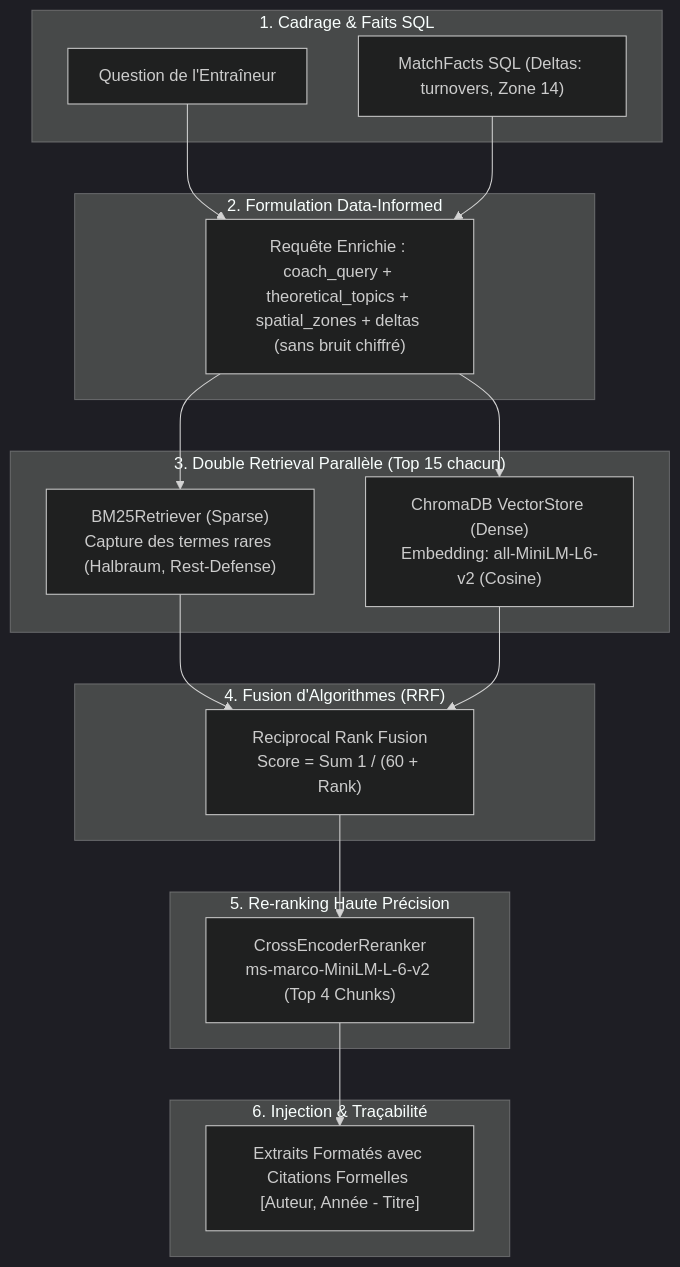
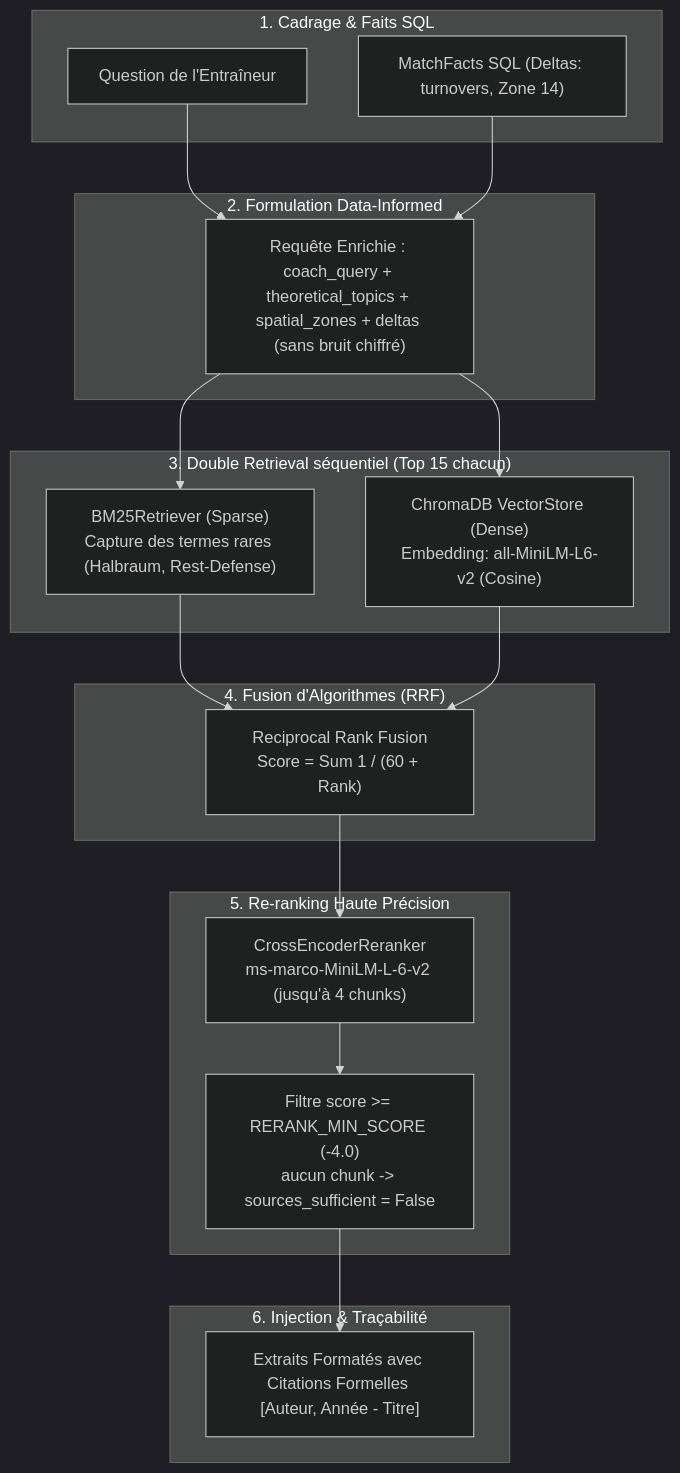
Before and after one commit to Ovide165/Foot-GPT: the diagram in PIPELINE_RAG_HYBRIDE.md, drawn with Mermaid (dark theme). The commit also changed other lines of this file and 6 other files, not shown here.

````diff
--- a/PIPELINE_RAG_HYBRIDE.md
+++ b/PIPELINE_RAG_HYBRIDE.md
@@ -16,34 +17,36 @@
 ```mermaid
 flowchart TD
     subgraph Step1["1. Cadrage & Faits SQL"]
         QUERY["Question de l'Entraîneur"]
         FACTS["MatchFacts SQL (Deltas: turnovers, Zone 14)"]
     end
 
     subgraph Step2["2. Formulation Data-Informed"]
         ENRICHED["Requête Enrichie : coach_query + theoretical_topics + spatial_zones + deltas (sans bruit chiffré)"]
     end
 
-    subgraph Step3["3. Double Retrieval Parallèle (Top 15 chacun)"]
+    subgraph Step3["3. Double Retrieval séquentiel (Top 15 chacun)"]
         BM25["BM25Retriever (Sparse)\nCapture des termes rares (Halbraum, Rest-Defense)"]
         CHROMA["ChromaDB VectorStore (Dense)\nEmbedding: all-MiniLM-L6-v2 (Cosine)"]
     end
 
     subgraph Step4["4. Fusion d'Algorithmes (RRF)"]
         RRF["Reciprocal Rank Fusion\nScore = Sum 1 / (60 + Rank)"]
     end
 
     subgraph Step5["5. Re-ranking Haute Précision"]
-        CE["CrossEncoderReranker\nms-marco-MiniLM-L-6-v2 (Top 4 Chunks)"]
+        CE["CrossEncoderReranker\nms-marco-MiniLM-L-6-v2 (jusqu'à 4 chunks)"]
+        FILTER["Filtre score >= RERANK_MIN_SCORE (-4.0)\naucun chunk -> sources_sufficient = False"]
     end
 
     subgraph Step6["6. Injection & Traçabilité"]
         OUT["Extraits Formatés avec Citations Formelles [Auteur, Année - Titre]"]
     end
 
     QUERY & FACTS --> ENRICHED
     ENRICHED --> BM25 & CHROMA
     BM25 & CHROMA --> RRF
     RRF --> CE
-    CE --> OUT
+    CE --> FILTER
+    FILTER --> OUT
 ```
````
